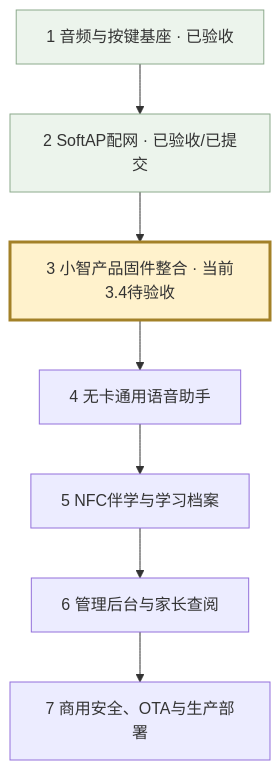
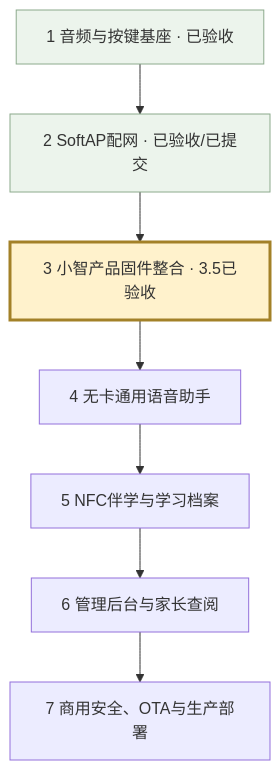
Before and after one commit to helper15901590/stubuddy: the diagram in stubuddy/firmware/speaker-selftest/DEVELOPMENT-ROADMAP.md, drawn with Mermaid. The commit also changed other lines of this file and 19 other files, not shown here.

````diff
--- a/stubuddy/firmware/speaker-selftest/DEVELOPMENT-ROADMAP.md
+++ b/stubuddy/firmware/speaker-selftest/DEVELOPMENT-ROADMAP.md
@@ -7,12 +7,12 @@
 ```mermaid
 flowchart TB
   A["1 音频与按键基座 · 已验收"] --> B["2 SoftAP配网 · 已验收/已提交"]
-  B --> C["3 小智产品固件整合 · 当前3.4待验收"]
+  B --> C["3 小智产品固件整合 · 3.5已验收"]
   C --> D["4 无卡通用语音助手"]
   D --> E["5 NFC伴学与学习档案"]
   E --> F["6 管理后台与家长查阅"]
   F --> G["7 商用安全、OTA与生产部署"]
   style A fill:#ecf4ec,stroke:#8caa8c
   style B fill:#ecf4ec,stroke:#8caa8c
   style C fill:#fff2cc,stroke:#a38128,stroke-width:3px
 ```
````
